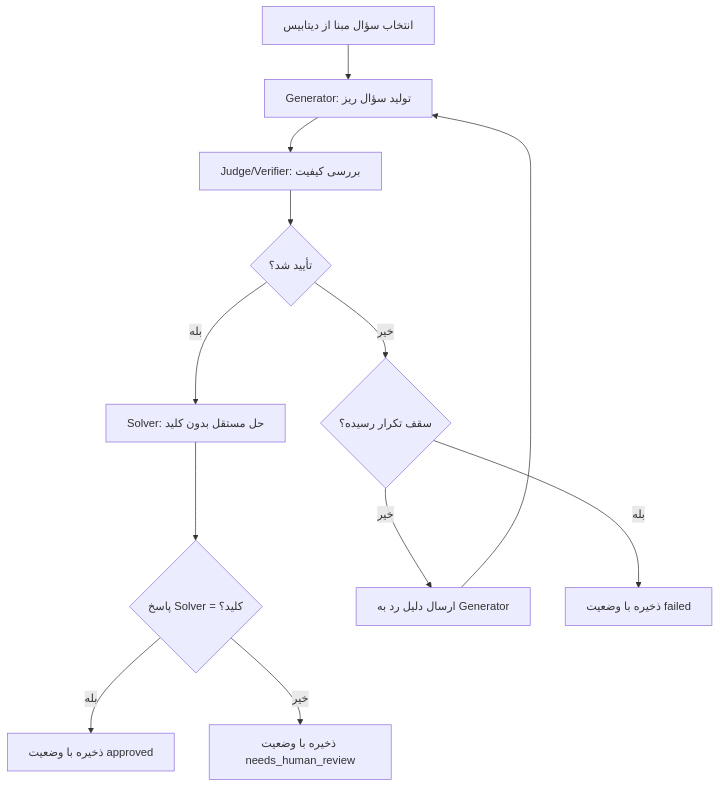
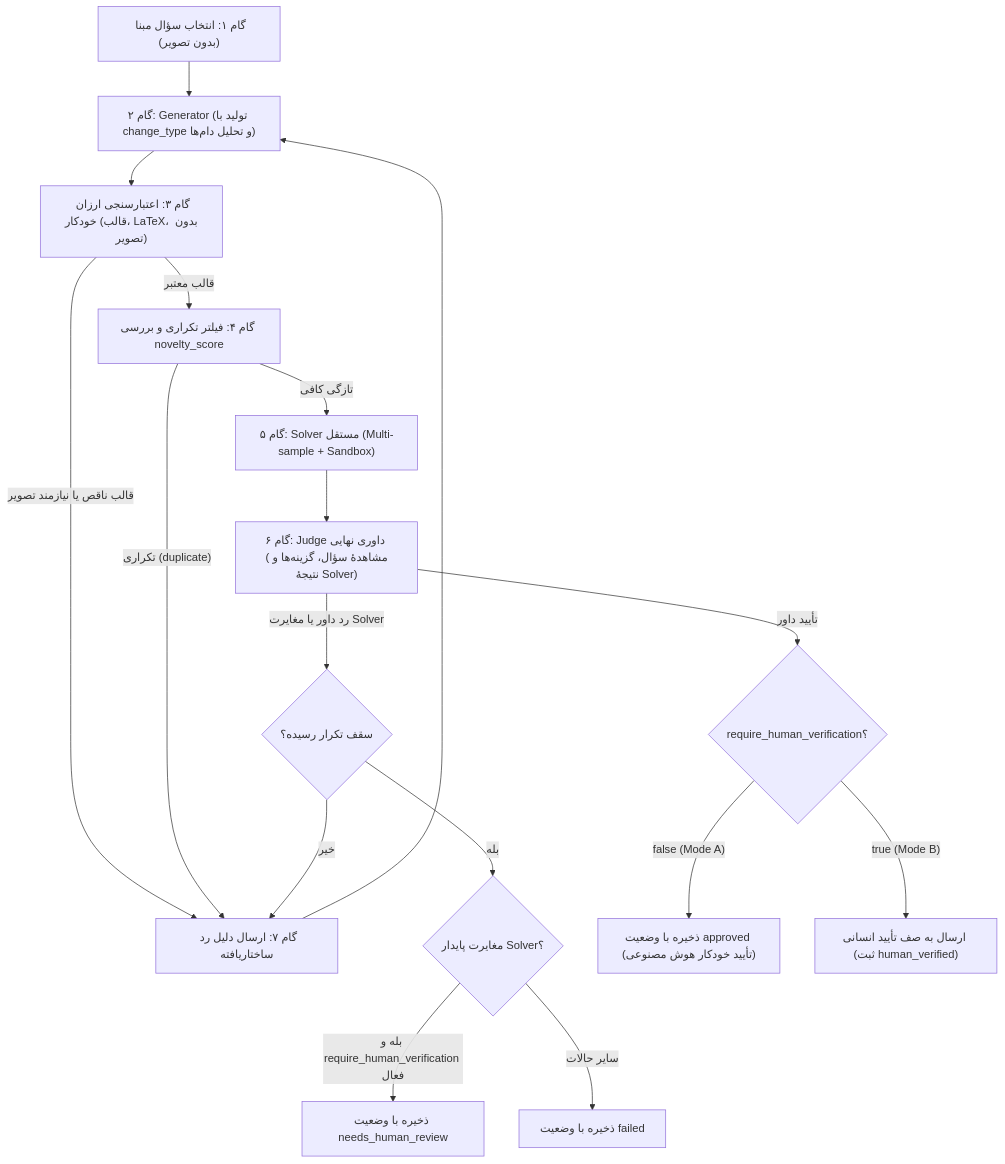
Before and after one commit to mjavadhm/gama-bama: the diagram in docs/question-generation.md, drawn with Mermaid. The commit also changed other lines of this file and 9 other files, not shown here.

````diff
--- a/docs/question-generation.md
+++ b/docs/question-generation.md
@@ -74,14 +155,19 @@
 ```mermaid
 flowchart TD
-    A["انتخاب سؤال مبنا از دیتابیس"] --> B["Generator: تولید سؤال ریز"]
-    B --> C["Judge/Verifier: بررسی کیفیت"]
-    C --> D{"تأیید شد؟"}
-    D -- "بله" --> E["Solver: حل مستقل بدون کلید"]
-    E --> F{"پاسخ Solver = کلید؟"}
-    F -- "بله" --> G["ذخیره با وضعیت approved"]
-    F -- "خیر" --> H["ذخیره با وضعیت needs_human_review"]
-    D -- "خیر" --> I{"سقف تکرار رسیده؟"}
-    I -- "خیر" --> J["ارسال دلیل رد به Generator"]
-    J --> B
-    I -- "بله" --> K["ذخیره با وضعیت failed"]
+    Step1["گام ۱: انتخاب سؤال مبنا (بدون تصویر)"] --> Step2["گام ۲: Generator (تولید با change_type و تحلیل دام‌ها)"]
+    Step2 --> Step3["گام ۳: اعتبارسنجی ارزان خودکار (قالب، LaTeX، بدون تصویر)"]
+    Step3 -- "قالب ناقص یا نیازمند تصویر" --> Step7Fail["گام ۷: ارسال دلیل رد ساختاریافته"]
+    Step3 -- "قالب معتبر" --> Step4["گام ۴: فیلتر تکراری و بررسی novelty_score"]
+    Step4 -- "تکراری (duplicate)" --> Step7Fail
+    Step4 -- "تازگی کافی" --> Step5["گام ۵: Solver مستقل (Multi-sample + Sandbox)"]
+    Step5 --> Step6["گام ۶: Judge داوری نهایی (مشاهدهٔ سؤال، گزینه‌ها و نتیجهٔ Solver)"]
+    Step6 -- "رد داور یا مغایرت Solver" --> CheckRetry{"سقف تکرار رسیده؟"}
+    CheckRetry -- "خیر" --> Step7Fail
+    Step7Fail --> Step2
+    CheckRetry -- "بله" --> CheckMismatch{"مغایرت پایدار Solver؟"}
+    CheckMismatch -- "بله و require_human_verification فعال" --> SaveReview["ذخیره با وضعیت needs_human_review"]
+    CheckMismatch -- "سایر حالات" --> SaveFailed["ذخیره با وضعیت failed"]
+    Step6 -- "تأیید داور" --> CheckHuman{"require_human_verification؟"}
+    CheckHuman -- "false (Mode A)" --> SaveApproved["ذخیره با وضعیت approved (تأیید خودکار هوش مصنوعی)"]
+    CheckHuman -- "true (Mode B)" --> AwaitHuman["ارسال به صف تأیید انسانی (ثبت human_verified)"]
 ```
````
